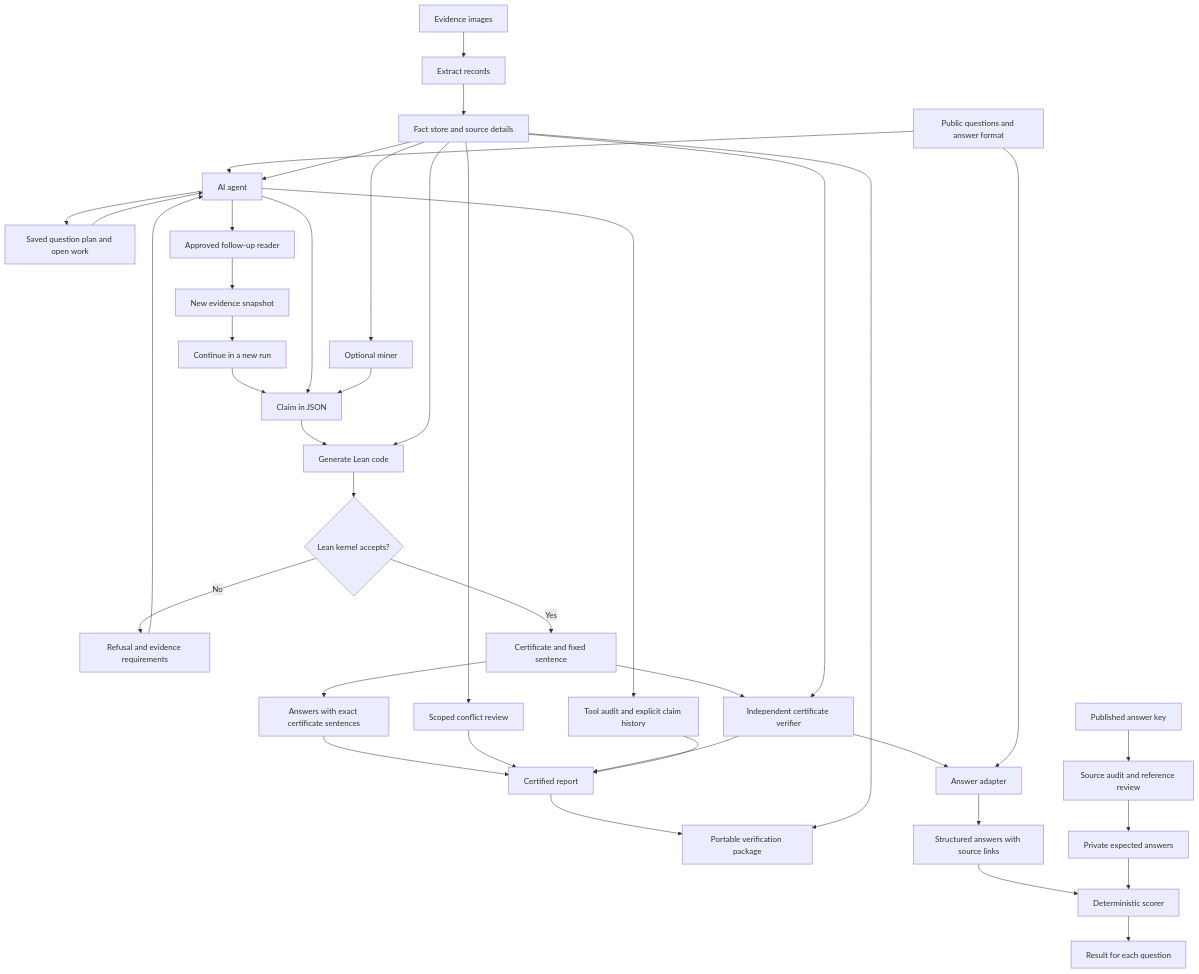
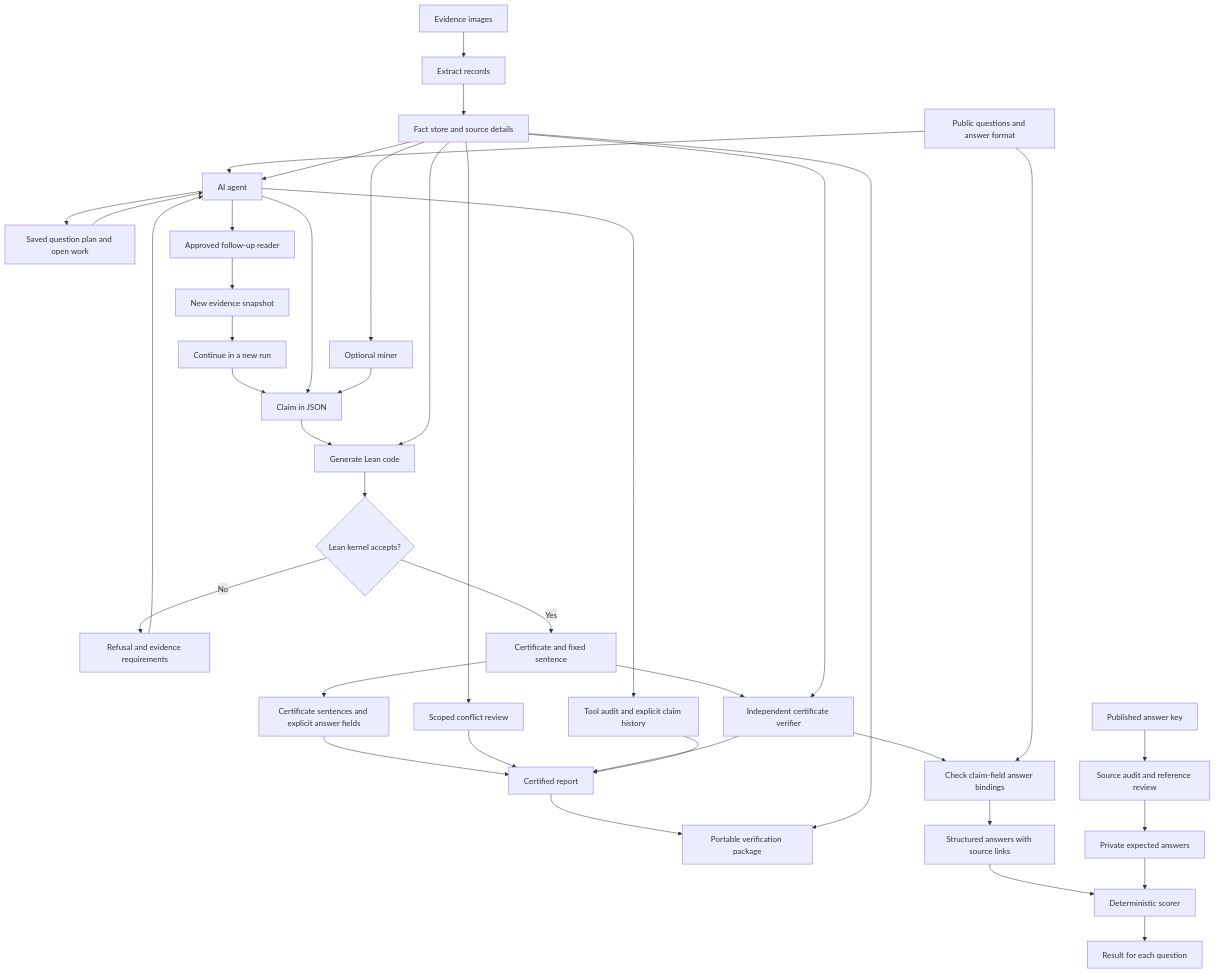
One commit to pauljiang03/chain-of-proof changed the diagram in README.md. Above: the diagram before and after it, drawn with Mermaid. The commit also changed other lines of this file and 8 other files, not shown here.

````diff
--- a/README.md
+++ b/README.md
@@ -145,41 +158,41 @@
 ```mermaid
 flowchart TD
     I[Evidence images] --> E[Extract records]
     E --> F[Fact store and source details]
     Q[Public questions and answer format] --> S[AI agent]
     S --> W[Saved question plan and open work]
     W --> S
     S --> N[Approved follow-up reader]
     N --> F2[New evidence snapshot]
     F2 --> S2[Continue in a new run]
     S2 --> C
     F --> S
     F --> M[Optional miner]
     S --> C[Claim in JSON]
     M --> C
     C --> G[Generate Lean code]
     F --> G
     G --> K{Lean kernel accepts?}
     K -->|No| X[Refusal and evidence requirements]
     X --> S
     K -->|Yes| B[Certificate and fixed sentence]
-    B --> QA[Answers with exact certificate sentences]
+    B --> QA[Certificate sentences and explicit answer fields]
     QA --> R
     F --> CR[Scoped conflict review]
     CR --> R
     B --> V[Independent certificate verifier]
     F --> V
     V --> R[Certified report]
     S --> L[Tool audit and explicit claim history]
     L --> R
     R --> Z[Portable verification package]
     F --> Z
-    V --> A[Answer adapter]
+    V --> A[Check claim-field answer bindings]
     Q --> A
     A --> J[Structured answers with source links]
     J --> T[Deterministic scorer]
     P[Published answer key] --> U[Source audit and reference review]
     U --> H[Private expected answers]
     H --> T
     T --> O[Result for each question]
 ```
````
